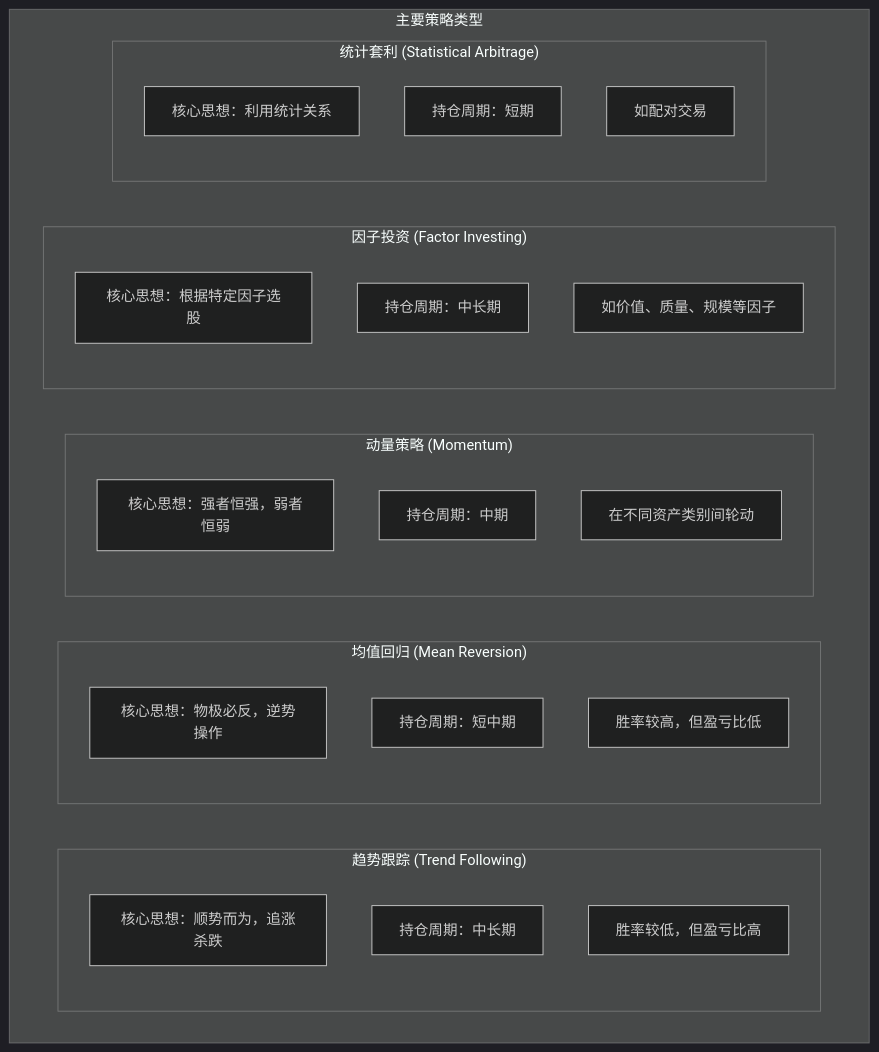
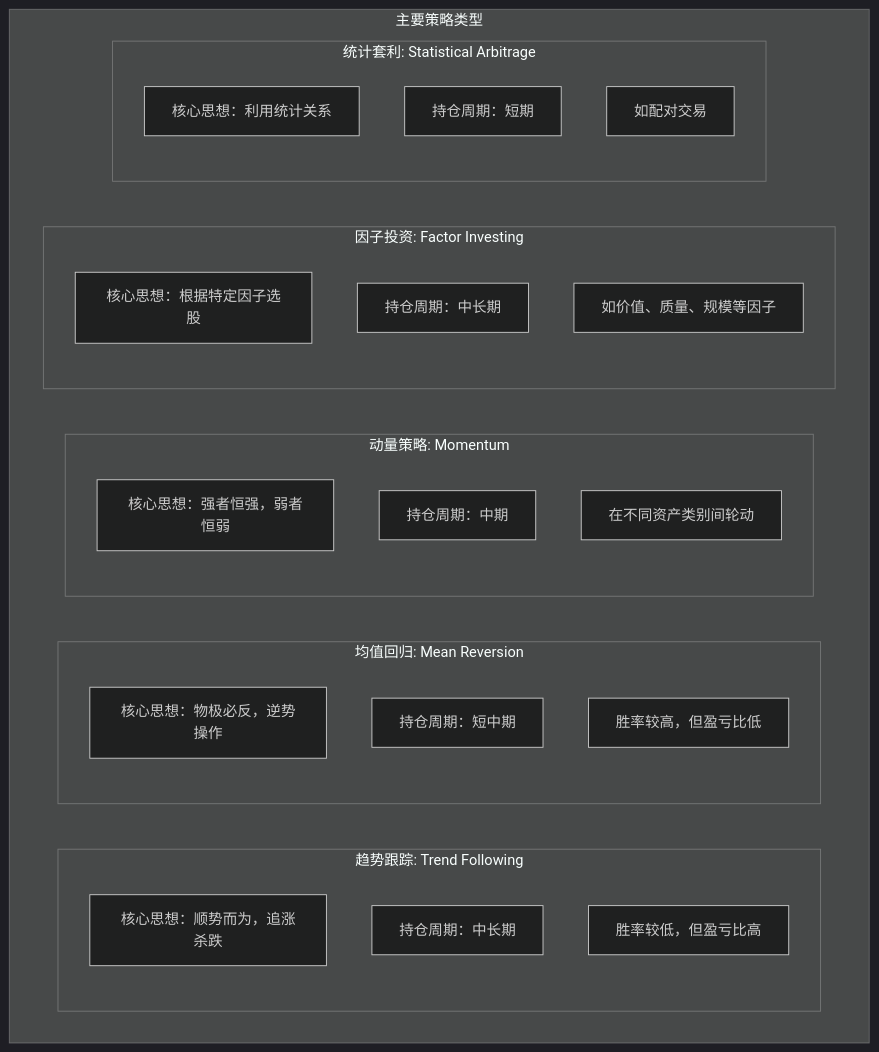
Before and after one commit to jpixy/jpixy.github.io: the first of 17 diagrams in content/articles/quant/quant-05-个人量化常用策略详解.md, drawn with Mermaid (dark theme). The commit also changed other lines of this file and 66 other files, not shown here.

Commit message:
fix: resolve Mermaid syntax errors by removing parentheses in node labels

````diff
--- a/content/articles/quant/quant-05-个人量化常用策略详解.md
+++ b/content/articles/quant/quant-05-个人量化常用策略详解.md
@@ -19,30 +19,30 @@
 ```mermaid
 graph TB
     subgraph 策略类型["主要策略类型"]
-        subgraph 趋势跟踪["趋势跟踪 (Trend Following)"]
+        subgraph 趋势跟踪["趋势跟踪: Trend Following"]
             T1["核心思想：顺势而为，追涨杀跌"]
             T2["持仓周期：中长期"]
             T3["胜率较低，但盈亏比高"]
         end
-        subgraph 均值回归["均值回归 (Mean Reversion)"]
+        subgraph 均值回归["均值回归: Mean Reversion"]
             M1["核心思想：物极必反，逆势操作"]
             M2["持仓周期：短中期"]
             M3["胜率较高，但盈亏比低"]
         end
-        subgraph 动量["动量策略 (Momentum)"]
+        subgraph 动量["动量策略: Momentum"]
             D1["核心思想：强者恒强，弱者恒弱"]
             D2["持仓周期：中期"]
             D3["在不同资产类别间轮动"]
         end
-        subgraph 因子["因子投资 (Factor Investing)"]
+        subgraph 因子["因子投资: Factor Investing"]
             F1["核心思想：根据特定因子选股"]
             F2["持仓周期：中长期"]
             F3["如价值、质量、规模等因子"]
         end
-        subgraph 套利["统计套利 (Statistical Arbitrage)"]
+        subgraph 套利["统计套利: Statistical Arbitrage"]
             S1["核心思想：利用统计关系"]
             S2["持仓周期：短期"]
             S3["如配对交易"]
         end
     end
 ```
````
